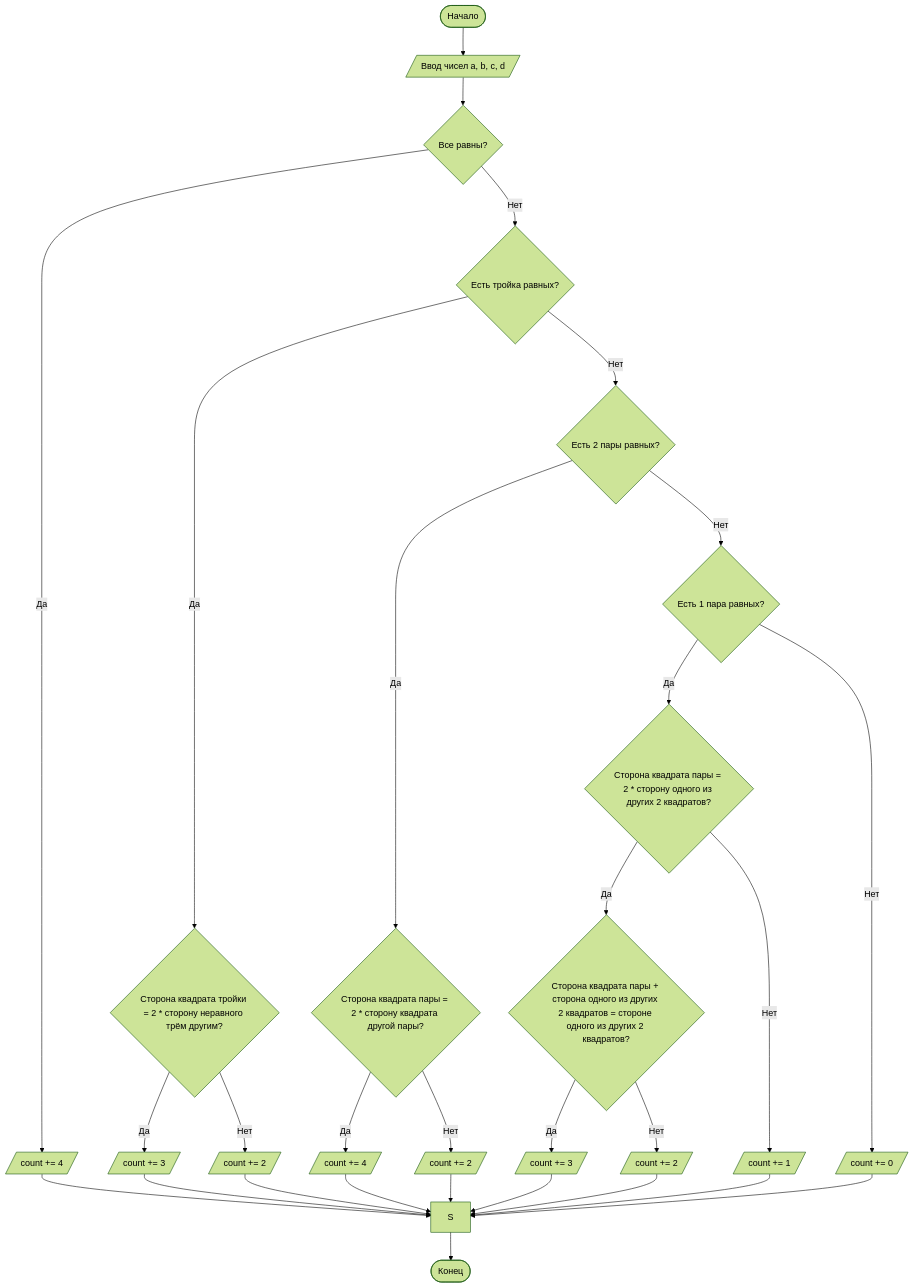
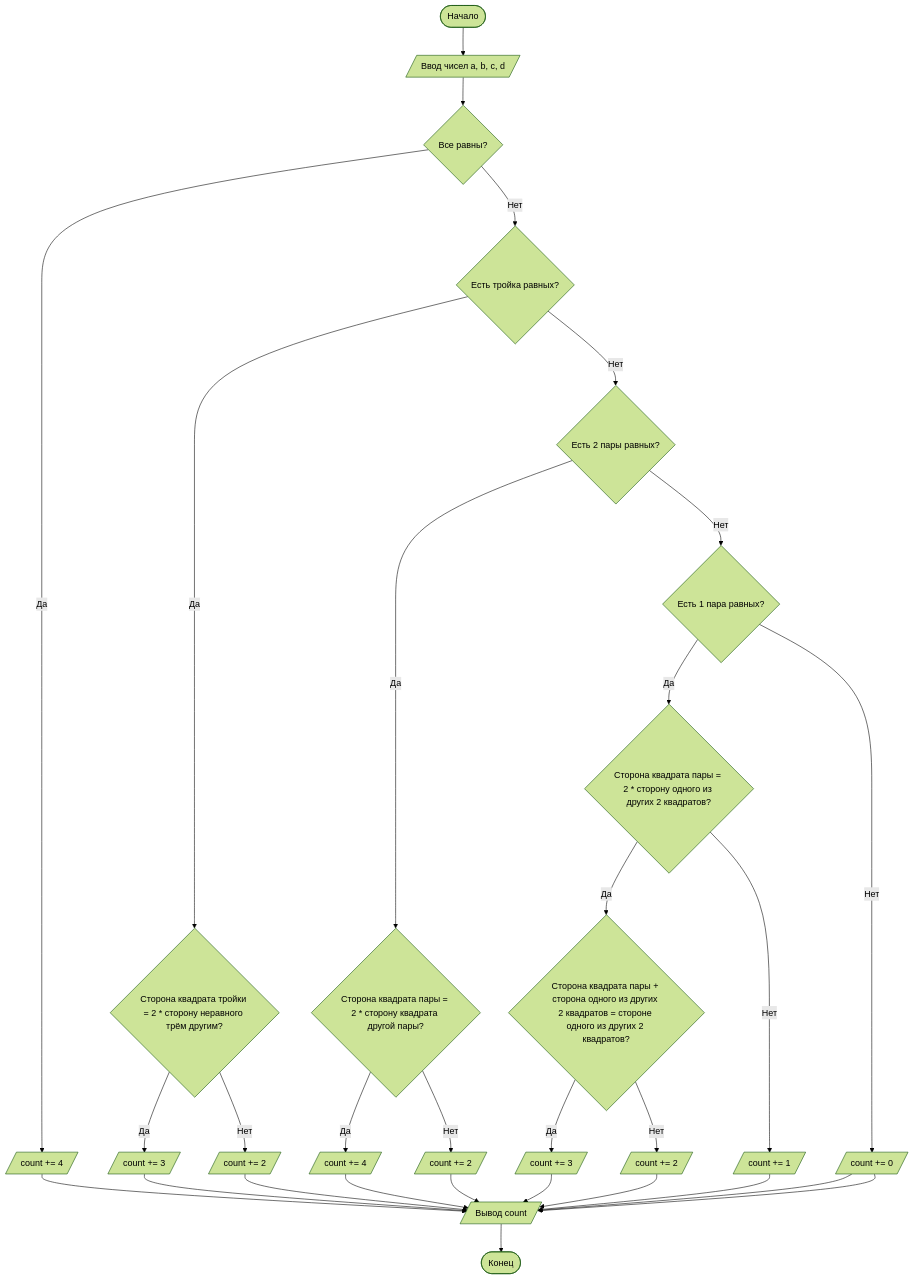
One commit to fnckddy/lab1 changed the diagram in README.md. Above: the diagram before and after it, drawn with Mermaid (forest theme).

````diff
--- a/README.md
+++ b/README.md
@@ -87,39 +87,39 @@
 ```mermaid
 
 graph TD
     A([Начало]) --> B[/Ввод чисел a, b, c, d/]
     B --> C{Все равны?}
     C -- Да --> D[/count += 4/]
     C -- Нет --> E{Есть тройка равных?}
     
     E -- Да --> F{Сторона квадрата тройки = 2 * сторону неравного трём другим?}
     F -- Да --> G[/count += 3/]
     F -- Нет --> H[/count += 2/]
     
     E -- Нет --> I{Есть 2 пары равных?}
     I -- Да --> J{Сторона квадрата пары = 2 * сторону квадрата другой пары?}
     J -- Да --> K[/count += 4/]
     J -- Нет --> L[/count += 2/]
     
     I -- Нет --> M{Есть 1 пара равных?}
     M -- Да --> N{Сторона квадрата пары = 2 * сторону одного из других 2 квадратов?}
     N -- Да --> O{Сторона квадрата пары + сторона одного из других 2 квадратов = стороне одного из других 2 квадратов?}
     O -- Да --> P[/count += 3/]
     O -- Нет --> Q[/count += 2/]
     N -- Нет --> R[/count += 1/]
     
     M -- Нет --> U[/count += 0/]
-
+    U --> S[/Вывод count/]
     D --> S
     G --> S
     H --> S
     K --> S
     L --> S
     P --> S
     Q --> S
     R --> S
     U --> S
 
     S --> T([Конец])
 
 ```
````
